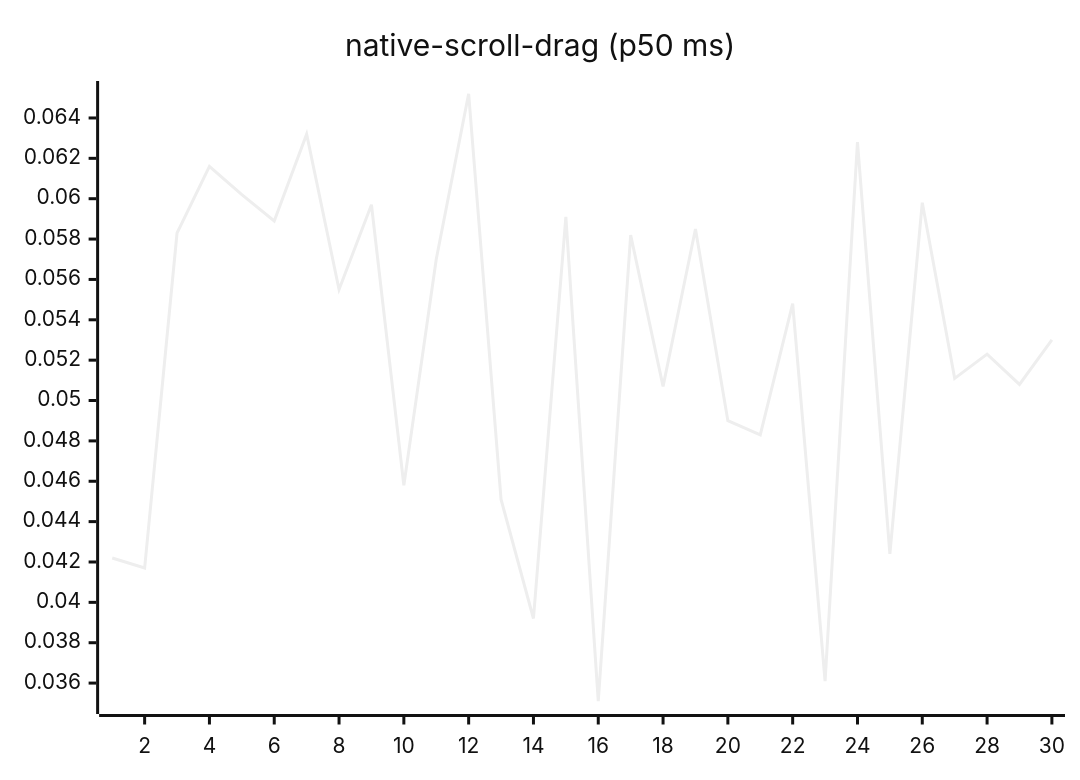
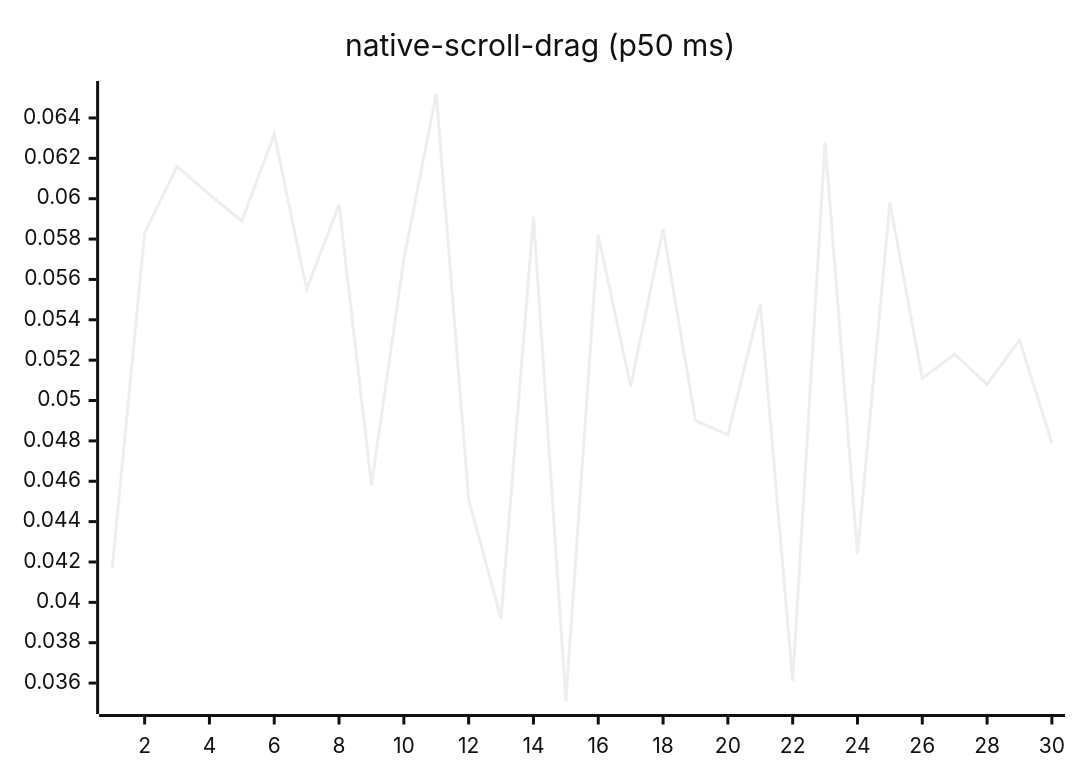
Before and after one commit to josha/Facet: diagram 14 of 27 in README.md, drawn with Mermaid (neutral theme). The commit also changed other lines of this file and 2 other files, not shown here.

````diff
--- a/README.md
+++ b/README.md
@@ -154,6 +154,6 @@
 ```mermaid
 xychart-beta
     title "native-scroll-drag (p50 ms)"
     x-axis 1 --> 30
-    line [0.0422, 0.0417, 0.0583, 0.0616, 0.0602, 0.0589, 0.0632, 0.0555, 0.0597, 0.0458, 0.0570, 0.0652, 0.0451, 0.0392, 0.0591, 0.0351, 0.0582, 0.0507, 0.0585, 0.0490, 0.0483, 0.0548, 0.0361, 0.0628, 0.0424, 0.0598, 0.0511, 0.0523, 0.0508, 0.0530]
+    line [0.0417, 0.0583, 0.0616, 0.0602, 0.0589, 0.0632, 0.0555, 0.0597, 0.0458, 0.0570, 0.0652, 0.0451, 0.0392, 0.0591, 0.0351, 0.0582, 0.0507, 0.0585, 0.0490, 0.0483, 0.0548, 0.0361, 0.0628, 0.0424, 0.0598, 0.0511, 0.0523, 0.0508, 0.0530, 0.0479]
 ```
````
